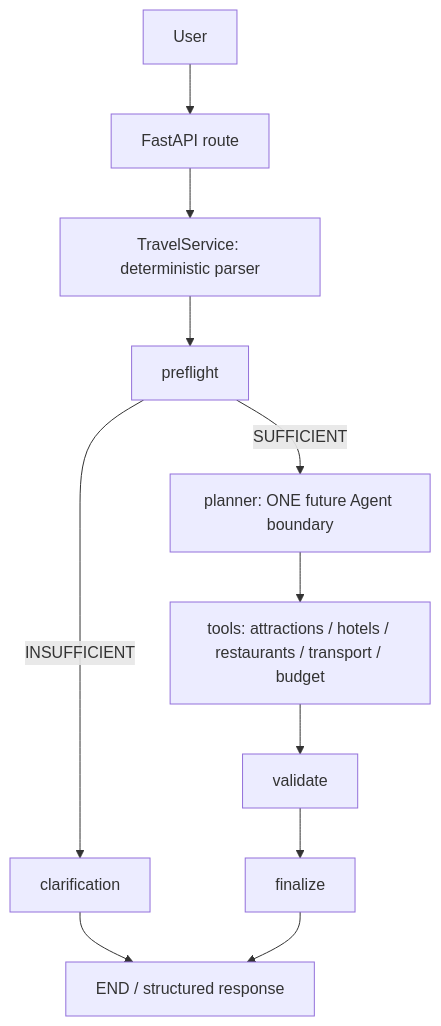
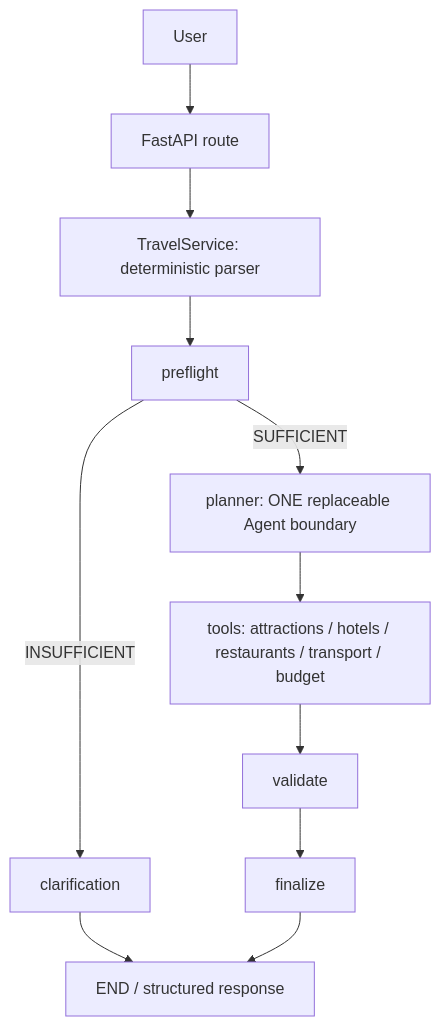
One commit to yudelieyang/travel-planning-agent changed the diagram in README.md. Above: the diagram before and after it, drawn with Mermaid. The commit also changed other lines of this file and 28 other files, not shown here.

````diff
--- a/README.md
+++ b/README.md
@@ -170,13 +170,13 @@
 ```mermaid
 flowchart TD
     User --> API[FastAPI route]
     API --> Service[TravelService: deterministic parser]
     Service --> Preflight[preflight]
     Preflight -->|INSUFFICIENT| Clarification[clarification]
     Clarification --> End[END / structured response]
-    Preflight -->|SUFFICIENT| Planner[planner: ONE future Agent boundary]
+    Preflight -->|SUFFICIENT| Planner[planner: ONE replaceable Agent boundary]
     Planner --> Tools[tools: attractions / hotels / restaurants / transport / budget]
     Tools --> Validate[validate]
     Validate --> Finalize[finalize]
     Finalize --> End
 ```
````
